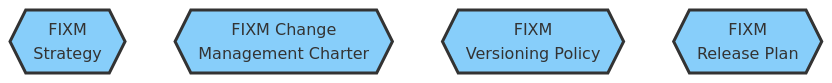
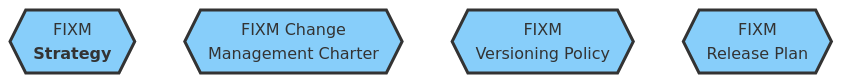
One commit to hlepori/test_docsify changed the diagram in docs/home.md. Above: the diagram before and after it, drawn with Mermaid.

````diff
--- a/docs/home.md
+++ b/docs/home.md
@@ -9,14 +9,14 @@
 ```mermaid
 graph TD
-STRATEGY{{FIXM<br>Strategy}}
+STRATEGY{{FIXM<br><b>Strategy<b>}}
 CHARTER{{FIXM Change<br>Management Charter}}
 VERSIONING{{FIXM<br>Versioning Policy}}
 RELEASEPLAN{{FIXM<br>Release Plan}}
 
 style STRATEGY fill:#87CEFA,stroke:#333,stroke-width:3px
 style CHARTER fill:#87CEFA,stroke:#333,stroke-width:3px
 style VERSIONING fill:#87CEFA,stroke:#333,stroke-width:3px
 style RELEASEPLAN fill:#87CEFA,stroke:#333,stroke-width:3px
 
 click STRATEGY "https://ost.eurocontrol.int/sites/FIXM/Lists/Bug%20reports/AllItems.aspx" "Go to the FIXM Strategy" _blank
 ```
````
